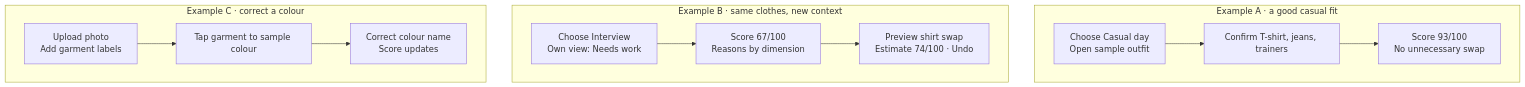
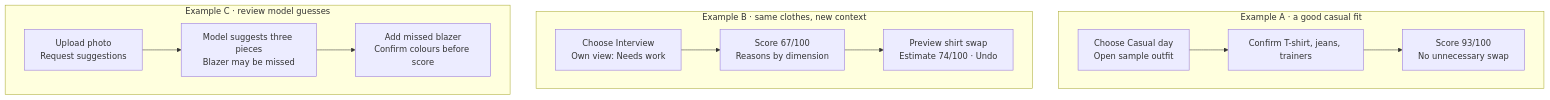
Before and after one commit to sasvatt11/outfit-considered-a2: the diagram in docs/storyboards.mmd, drawn with Mermaid. The commit also changed 18 other files, not shown here.

```diff
--- a/docs/storyboards.mmd
+++ b/docs/storyboards.mmd
@@ -1,10 +1,10 @@
 flowchart TB
   subgraph A[Example A · a good casual fit]
     A1[Choose Casual day<br/>Open sample outfit] --> A2[Confirm T-shirt, jeans, trainers] --> A3[Score 93/100<br/>No unnecessary swap]
   end
   subgraph B[Example B · same clothes, new context]
     B1[Choose Interview<br/>Own view: Needs work] --> B2[Score 67/100<br/>Reasons by dimension] --> B3[Preview shirt swap<br/>Estimate 74/100 · Undo]
   end
-  subgraph C[Example C · correct a colour]
-    C1[Upload photo<br/>Add garment labels] --> C2[Tap garment to sample colour] --> C3[Correct colour name<br/>Score updates]
+  subgraph C[Example C · review model guesses]
+    C1[Upload photo<br/>Request suggestions] --> C2[Model suggests three pieces<br/>Blazer may be missed] --> C3[Add missed blazer<br/>Confirm colours before score]
   end
```
